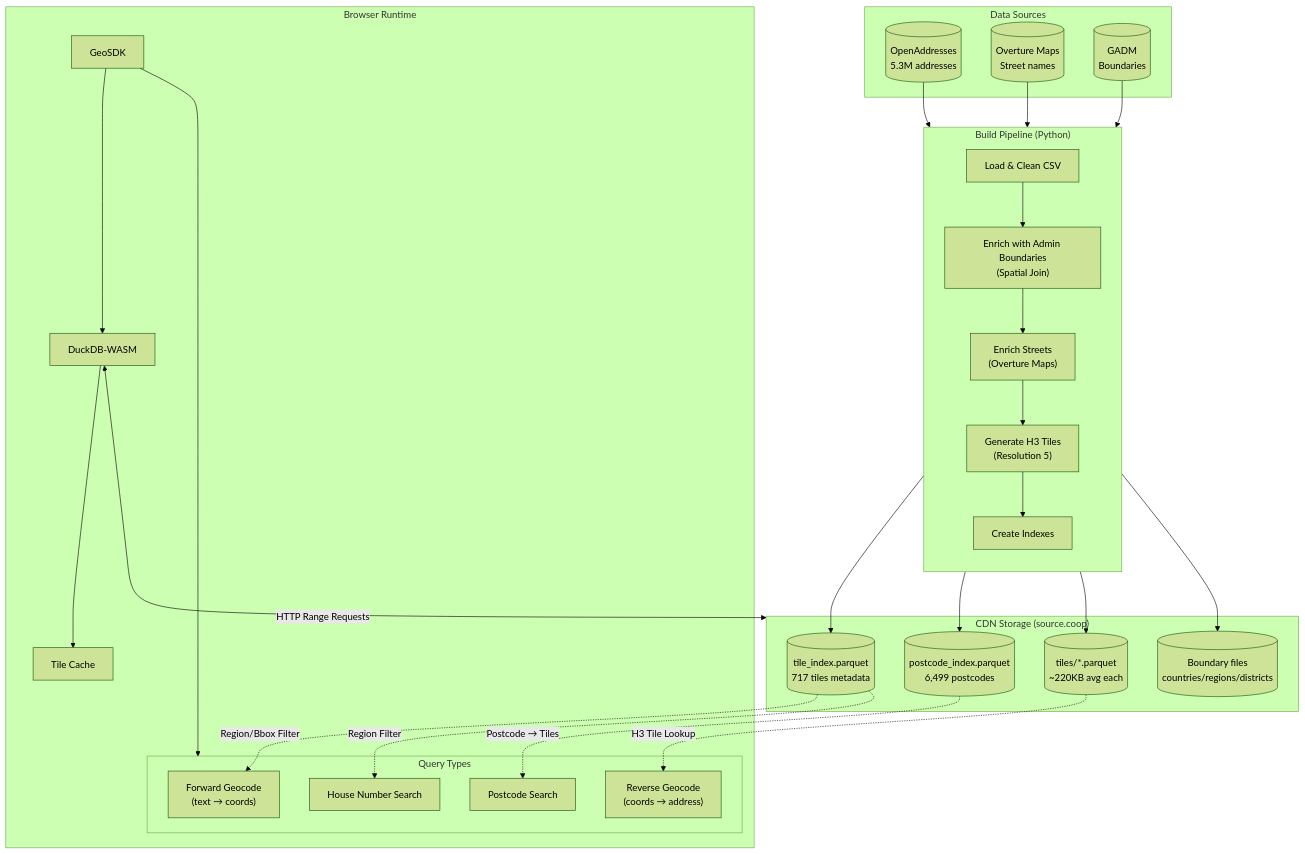
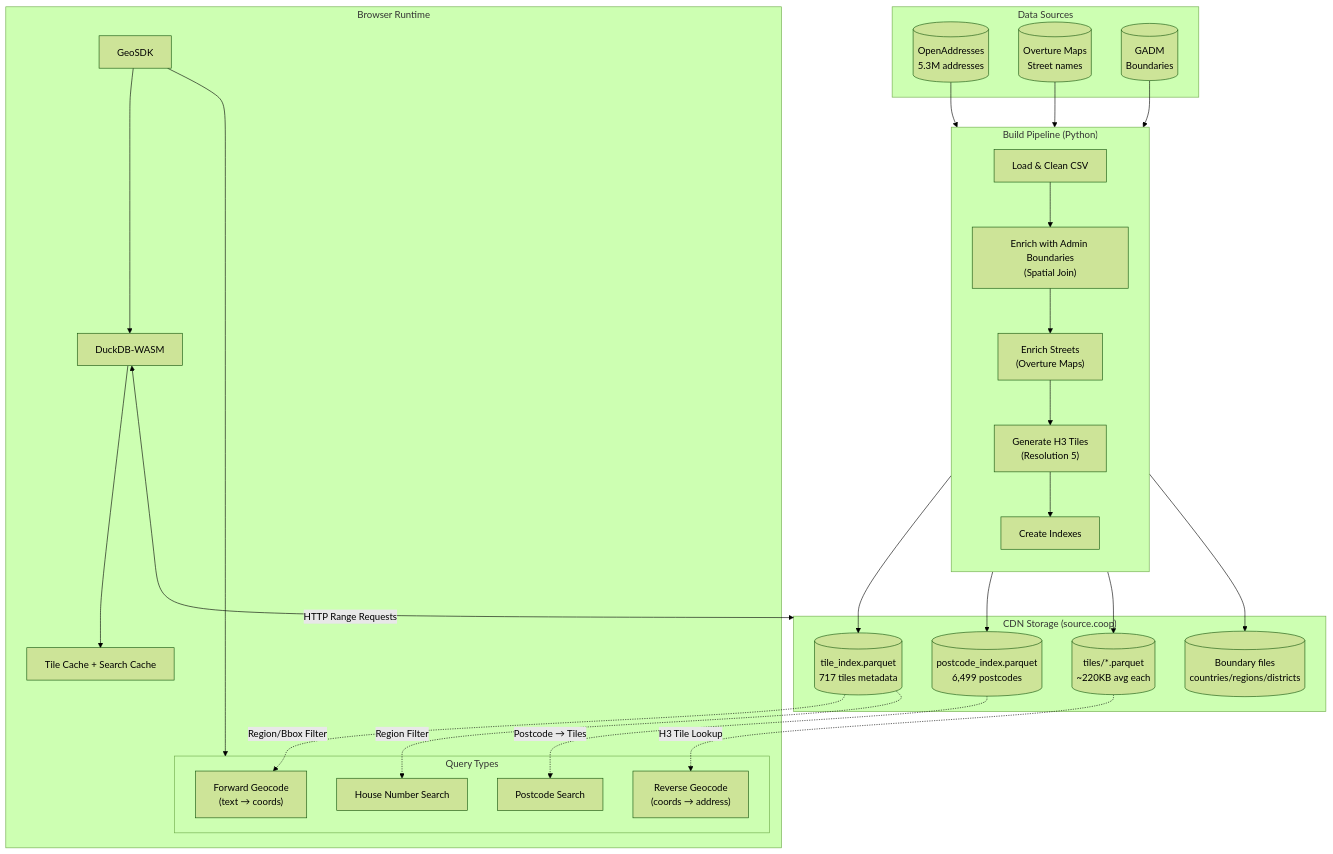
Before and after one commit to tabaqatdev/geocoding-sdk: the diagram in README.md, drawn with Mermaid (forest theme). The commit also changed other lines of this file and 18 other files, not shown here.

````diff
--- a/README.md
+++ b/README.md
@@ -21,53 +21,53 @@
 ```mermaid
 flowchart TB
     subgraph DataSources["Data Sources"]
         OA[("OpenAddresses<br/>5.3M addresses")]
         OM[("Overture Maps<br/>Street names")]
         GADM[("GADM<br/>Boundaries")]
     end
 
     subgraph BuildPipeline["Build Pipeline (Python)"]
         direction TB
         B1["Load & Clean CSV"]
         B2["Enrich with Admin Boundaries<br/>(Spatial Join)"]
         B3["Enrich Streets<br/>(Overture Maps)"]
         B4["Generate H3 Tiles<br/>(Resolution 5)"]
         B5["Create Indexes"]
     end
 
     subgraph CDN["CDN Storage (source.coop)"]
         TI[("tile_index.parquet<br/>717 tiles metadata")]
         PI[("postcode_index.parquet<br/>6,499 postcodes")]
         TILES[("tiles/*.parquet<br/>~220KB avg each")]
         BOUNDS[("Boundary files<br/>countries/regions/districts")]
     end
 
     subgraph Browser["Browser Runtime"]
         SDK["GeoSDK"]
         DUCKDB["DuckDB-WASM"]
-        CACHE["Tile Cache"]
+        CACHE["Tile Cache + Search Cache"]
 
         subgraph Queries["Query Types"]
             FWD["Forward Geocode<br/>(text → coords)"]
             REV["Reverse Geocode<br/>(coords → address)"]
             POST["Postcode Search"]
             NUM["House Number Search"]
         end
     end
 
     OA --> B1
     OM --> B3
     GADM --> B2
     B1 --> B2 --> B3 --> B4 --> B5
     B5 --> TI & PI & TILES & BOUNDS
 
     SDK --> DUCKDB
     DUCKDB <-->|"HTTP Range Requests"| CDN
     DUCKDB --> CACHE
     SDK --> Queries
 
     TI -.->|"Region/Bbox Filter"| FWD
     PI -.->|"Postcode → Tiles"| POST
     TILES -.->|"H3 Tile Lookup"| REV
     TI -.->|"Region Filter"| NUM
 ```
````
